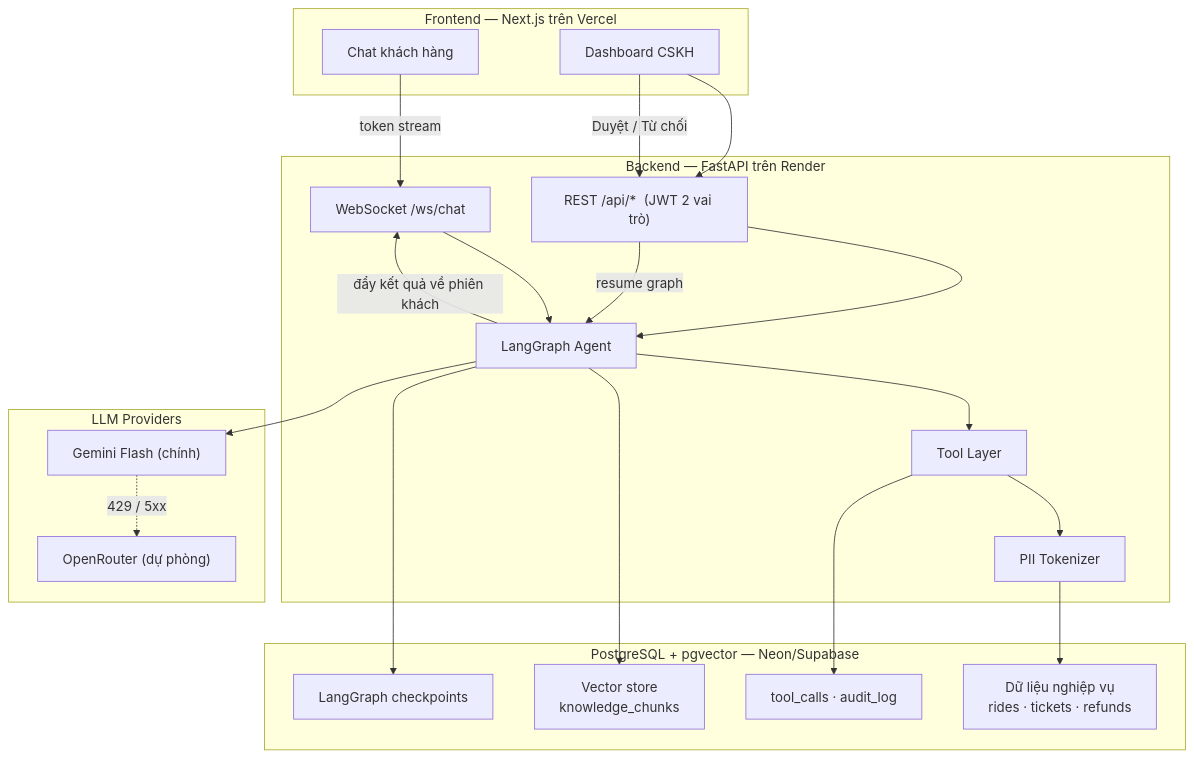
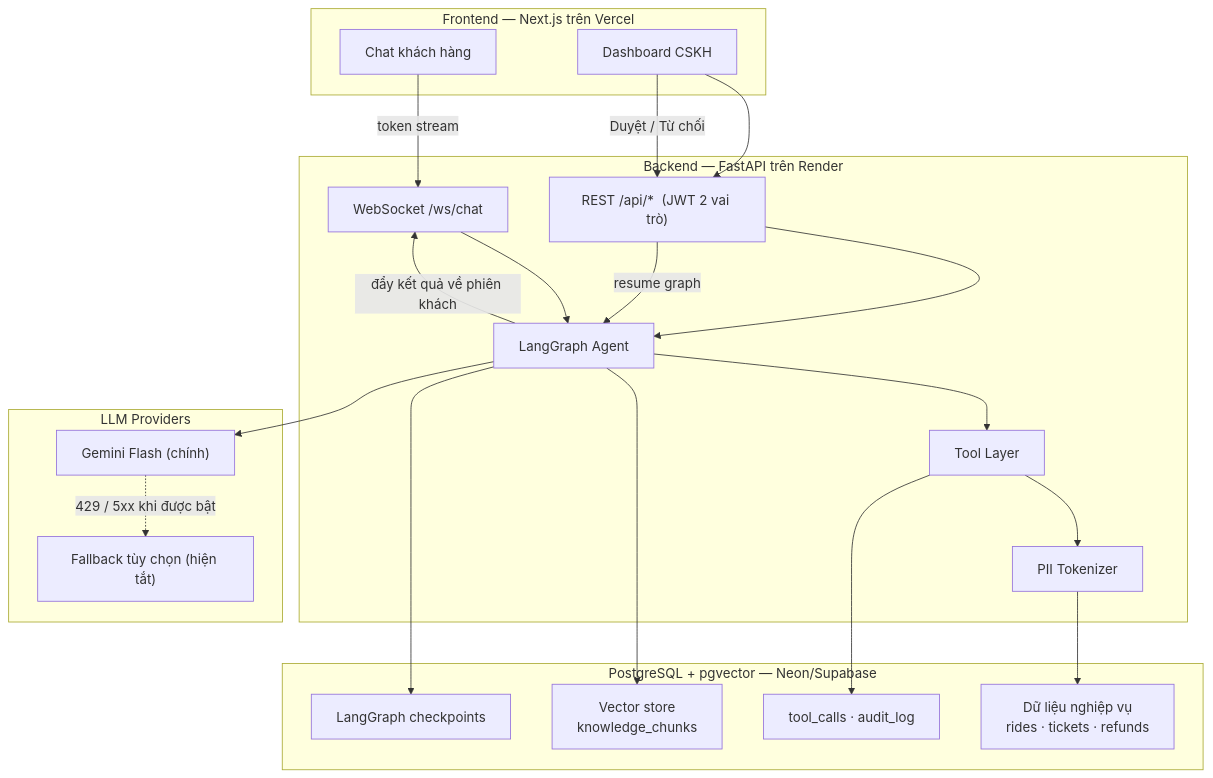
The diagram in .ai/context/architecture.md (dnnnam188/GSM01), drawn with Mermaid before and after one commit. The commit also changed other lines of this file and 11 other files, not shown here.

````diff
--- a/.ai/context/architecture.md
+++ b/.ai/context/architecture.md
@@ -13,43 +13,43 @@
 ```mermaid
 graph TD
     subgraph FE["Frontend — Next.js trên Vercel"]
         C["Chat khách hàng"]
         D["Dashboard CSKH"]
     end
 
     subgraph BE["Backend — FastAPI trên Render"]
         WS["WebSocket /ws/chat"]
         API["REST /api/*  (JWT 2 vai trò)"]
         G["LangGraph Agent"]
         T["Tool Layer"]
         P["PII Tokenizer"]
     end
 
     subgraph DB["PostgreSQL + pgvector — Neon/Supabase"]
         BIZ["Dữ liệu nghiệp vụ<br/>rides · tickets · refunds"]
         VEC["Vector store<br/>knowledge_chunks"]
         CKPT["LangGraph checkpoints"]
         LOG["tool_calls · audit_log"]
     end
 
     subgraph LLM["LLM Providers"]
         GEM["Gemini Flash (chính)"]
-        ORT["OpenRouter (dự phòng)"]
+        ORT["Fallback tùy chọn (hiện tắt)"]
     end
 
     C -->|"token stream"| WS
     D --> API
     WS --> G
     API --> G
     G --> T
     T --> P
     P --> BIZ
     G --> VEC
     G --> CKPT
     T --> LOG
     G --> GEM
-    GEM -.->|"429 / 5xx"| ORT
+    GEM -.->|"429 / 5xx khi được bật"| ORT
     D -->|"Duyệt / Từ chối"| API
     API -->|"resume graph"| G
     G -->|"đẩy kết quả về phiên khách"| WS
 ```
````
